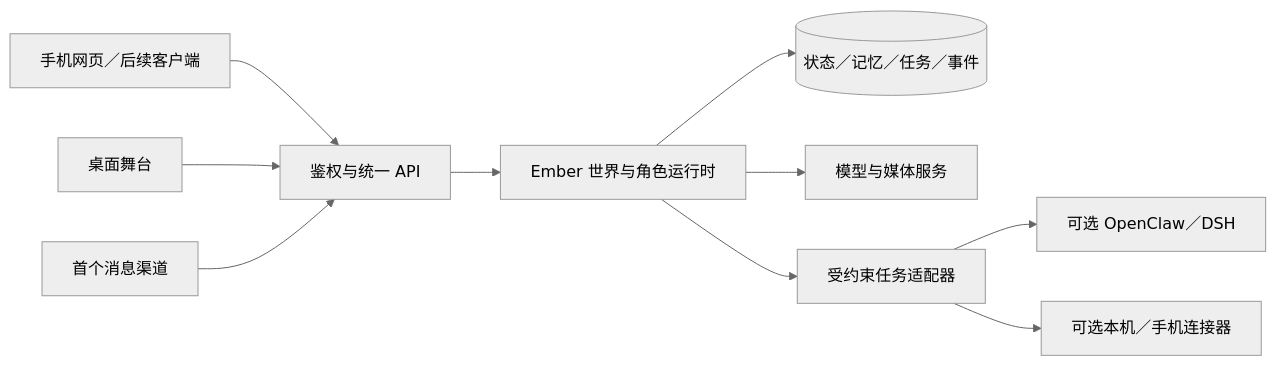
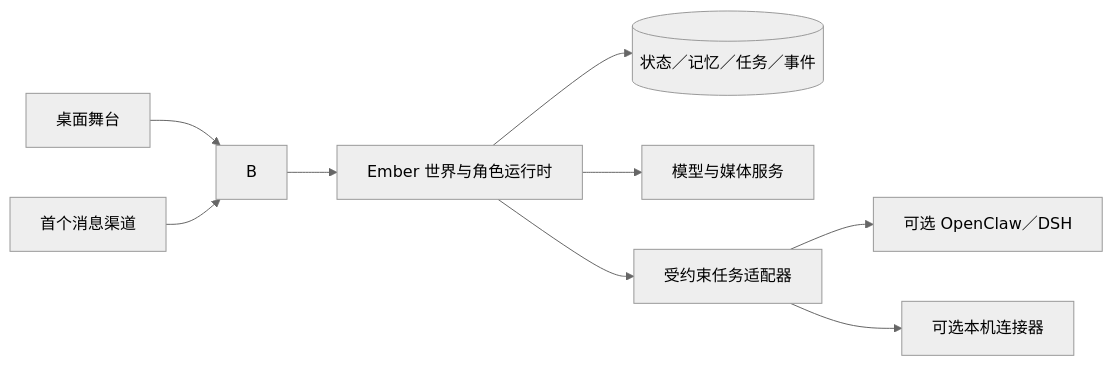
One commit to 102324988/new-version_Ember changed the diagram in docs/product-direction-2026-11.md. Above: the diagram before and after it, drawn with Mermaid (neutral theme). The commit also changed other lines of this file and 47 other files, not shown here.

````diff
--- a/docs/product-direction-2026-11.md
+++ b/docs/product-direction-2026-11.md
@@ -98,12 +93,11 @@
 ```mermaid
 flowchart LR
-    A[手机网页／后续客户端] --> B[鉴权与统一 API]
     C[桌面舞台] --> B
     D[首个消息渠道] --> B
     B --> E[Ember 世界与角色运行时]
     E --> F[(状态／记忆／任务／事件)]
     E --> G[模型与媒体服务]
     E --> H[受约束任务适配器]
     H --> I[可选 OpenClaw／DSH]
-    H --> J[可选本机／手机连接器]
+    H --> J[可选本机连接器]
 ```
````
